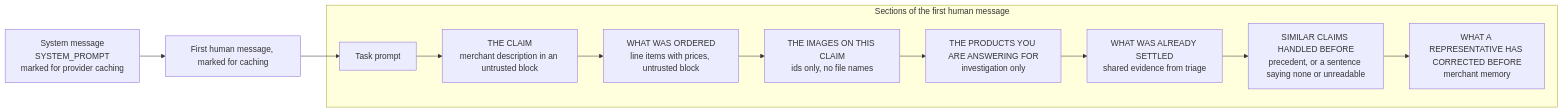
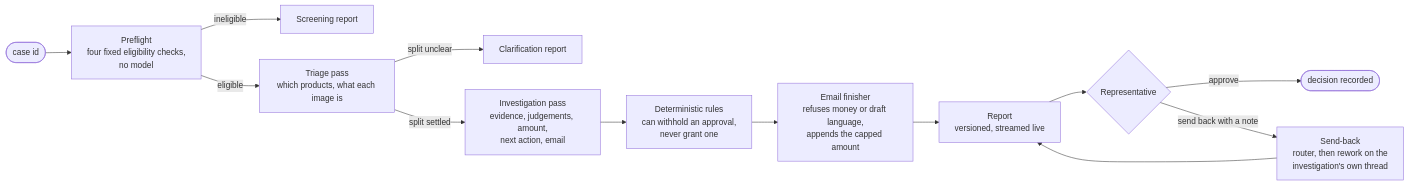
Before and after one commit to medsriha/claim-agent: the first of 3 diagrams in ARCHITECTURE.md, drawn with Mermaid. The commit also changed other lines of this file, not shown here.

First line of the commit message:
Cut the architecture document to what a short meeting needs

````diff
--- a/ARCHITECTURE.md
+++ b/ARCHITECTURE.md
@@ -234,16 +10,15 @@
 ```mermaid
 flowchart LR
-    SYS["System message<br/>SYSTEM_PROMPT<br/>marked for provider caching"]
-    HUM["First human message, marked for caching"]
-    subgraph HUMAN["Sections of the first human message"]
-        T["Task prompt"]
-        C["THE CLAIM<br/>merchant description in an untrusted block"]
-        O["WHAT WAS ORDERED<br/>line items with prices, untrusted block"]
-        A["THE IMAGES ON THIS CLAIM<br/>ids only, no file names"]
-        L["THE PRODUCTS YOU ARE ANSWERING FOR<br/>investigation only"]
-        SE["WHAT WAS ALREADY SETTLED<br/>shared evidence from triage"]
-        P["SIMILAR CLAIMS HANDLED BEFORE<br/>precedent, or a sentence saying none or unreadable"]
-        MC["WHAT A REPRESENTATIVE HAS CORRECTED BEFORE<br/>merchant memory"]
-    end
-    SYS --> HUM --> T --> C --> O --> A --> L --> SE --> P --> MC
+    IN(["case id"]) --> PF["Preflight<br/>four fixed eligibility checks,<br/>no model"]
+    PF -->|"ineligible"| SR["Screening report"]
+    PF -->|"eligible"| T["Triage pass<br/>which products, what each image is"]
+    T -->|"split unclear"| CR["Clarification report"]
+    T -->|"split settled"| I["Investigation pass<br/>evidence, judgements, amount,<br/>next action, email"]
+    I --> RULES["Deterministic rules<br/>can withhold an approval,<br/>never grant one"]
+    RULES --> EM["Email finisher<br/>refuses money or draft language,<br/>appends the capped amount"]
+    EM --> REP["Report<br/>versioned, streamed live"]
+    REP --> REV{"Representative"}
+    REV -->|"approve"| DONE(["decision recorded"])
+    REV -->|"send back with a note"| SB["Send-back<br/>router, then rework on the<br/>investigation's own thread"]
+    SB --> REP
 ```
````
